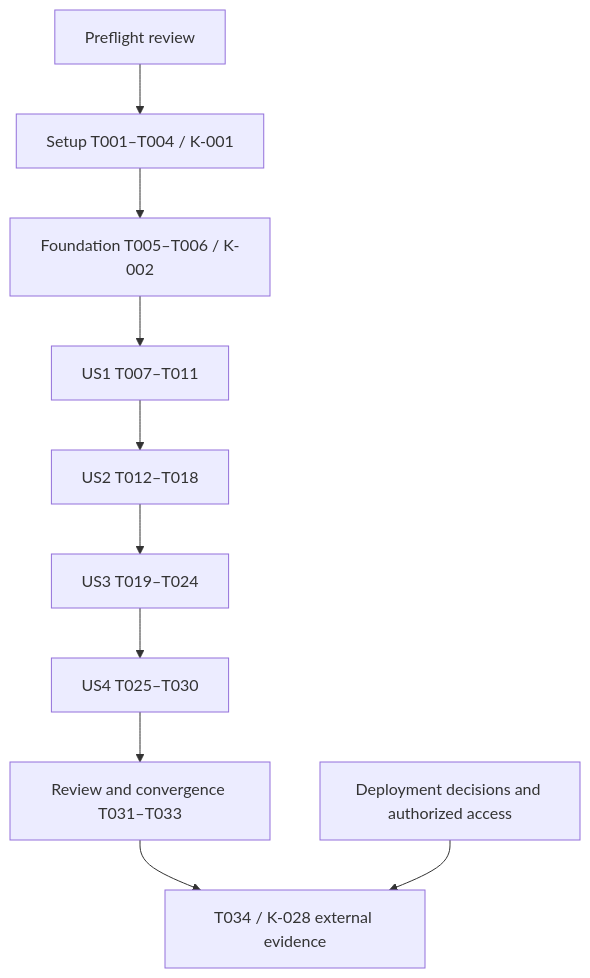
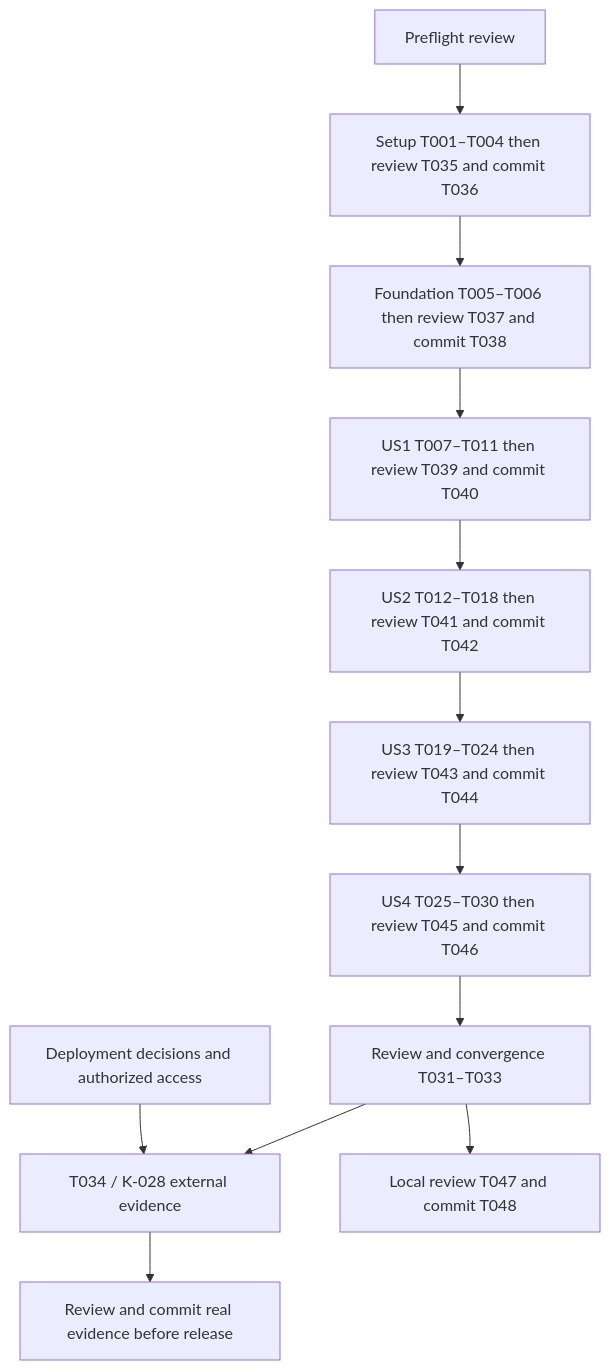
Before and after one commit to Gyan172004/my-new-system: the diagram in docs/03_features/application_foundation/specifications/engineering/eng_design.md, drawn with Mermaid. The commit also changed other lines of this file and 13 other files, not shown here.

First line of the commit message:
<US=shared, ID=T048, K=K-001|K-002|K-003|K-004|K-005|K-006|K-028, GROUP=07> docs(foundation): close local handoff and defer cloud evidence

````diff
--- a/docs/03_features/application_foundation/specifications/engineering/eng_design.md
+++ b/docs/03_features/application_foundation/specifications/engineering/eng_design.md
@@ -157,12 +241,14 @@
 ```mermaid
 flowchart TD
-    A[Preflight review] --> B[Setup T001–T004 / K-001]
-    B --> C[Foundation T005–T006 / K-002]
-    C --> D[US1 T007–T011]
-    D --> E[US2 T012–T018]
-    E --> F[US3 T019–T024]
-    F --> G[US4 T025–T030]
+    A[Preflight review] --> B[Setup T001–T004 then review T035 and commit T036]
+    B --> C[Foundation T005–T006 then review T037 and commit T038]
+    C --> D[US1 T007–T011 then review T039 and commit T040]
+    D --> E[US2 T012–T018 then review T041 and commit T042]
+    E --> F[US3 T019–T024 then review T043 and commit T044]
+    F --> G[US4 T025–T030 then review T045 and commit T046]
     G --> H[Review and convergence T031–T033]
     H --> I[T034 / K-028 external evidence]
     J[Deployment decisions and authorized access] --> I
+    H --> L[Local review T047 and commit T048]
+    I --> M[Review and commit real evidence before release]
 ```
````
